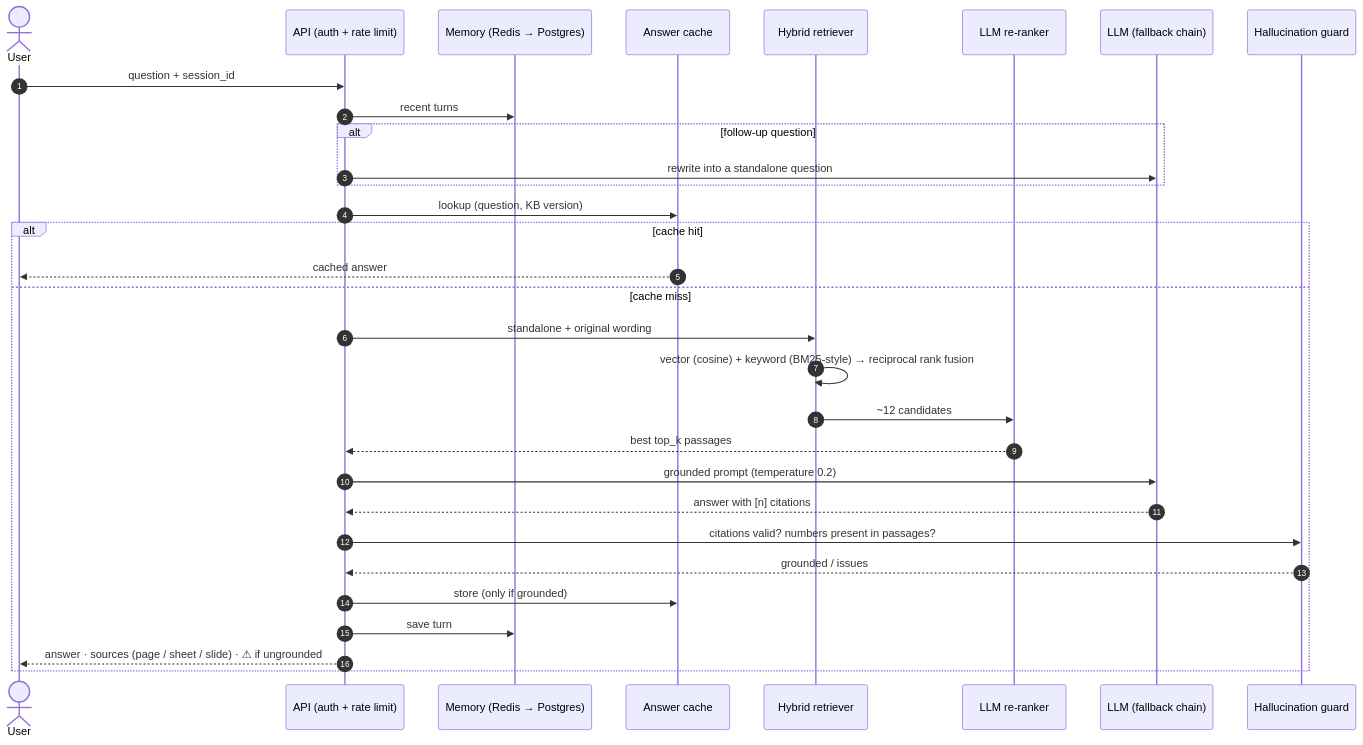
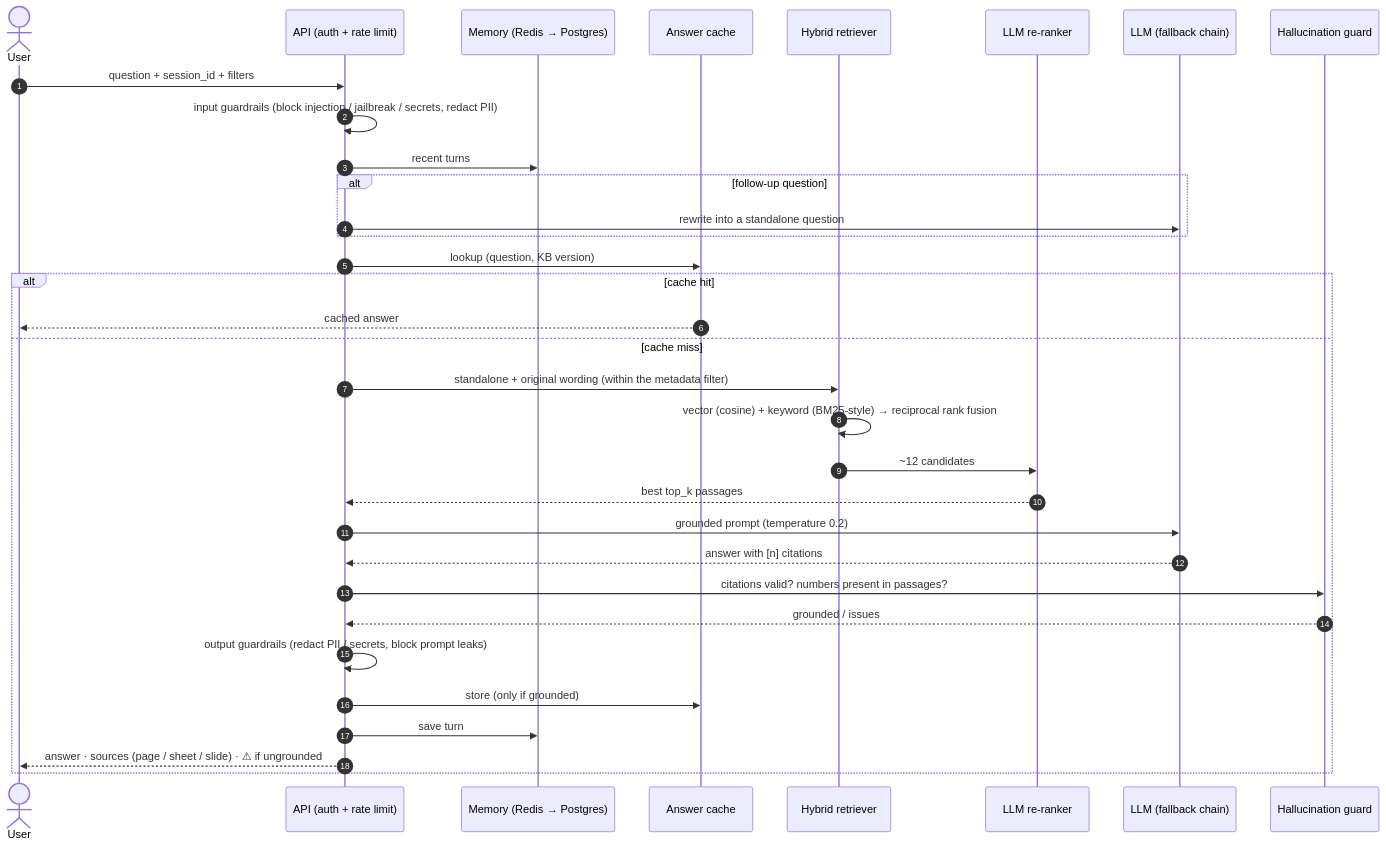
The second of 3 diagrams in README.md (dhoraaiengineer-ai/Gen_AI_Projects), drawn with Mermaid before and after one commit. The commit also changed other lines of this file and 35 other files, not shown here.

First line of the commit message:
Add guardrails, OCR and metadata filtering

````diff
--- a/README.md
+++ b/README.md
@@ -119,34 +127,36 @@
 ```mermaid
 sequenceDiagram
     autonumber
     actor U as User
     participant API as API (auth + rate limit)
     participant M as Memory (Redis → Postgres)
     participant C as Answer cache
     participant R as Hybrid retriever
     participant RR as LLM re-ranker
     participant L as LLM (fallback chain)
     participant G as Hallucination guard
 
-    U->>API: question + session_id
+    U->>API: question + session_id + filters
+    API->>API: input guardrails (block injection / jailbreak / secrets, redact PII)
     API->>M: recent turns
     alt follow-up question
         API->>L: rewrite into a standalone question
     end
     API->>C: lookup (question, KB version)
     alt cache hit
         C-->>U: cached answer
     else cache miss
-        API->>R: standalone + original wording
+        API->>R: standalone + original wording (within the metadata filter)
         R->>R: vector (cosine) + keyword (BM25-style) → reciprocal rank fusion
         R->>RR: ~12 candidates
         RR-->>API: best top_k passages
         API->>L: grounded prompt (temperature 0.2)
         L-->>API: answer with [n] citations
         API->>G: citations valid? numbers present in passages?
         G-->>API: grounded / issues
+        API->>API: output guardrails (redact PII / secrets, block prompt leaks)
         API->>C: store (only if grounded)
         API->>M: save turn
         API-->>U: answer · sources (page / sheet / slide) · ⚠ if ungrounded
     end
 ```
````
